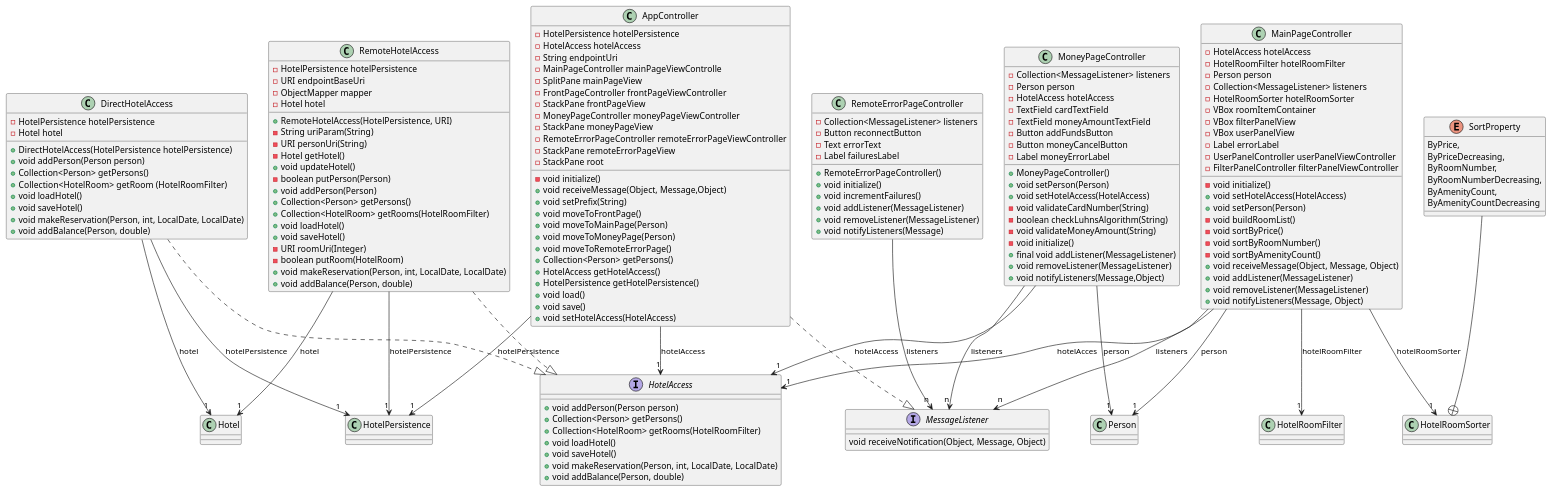
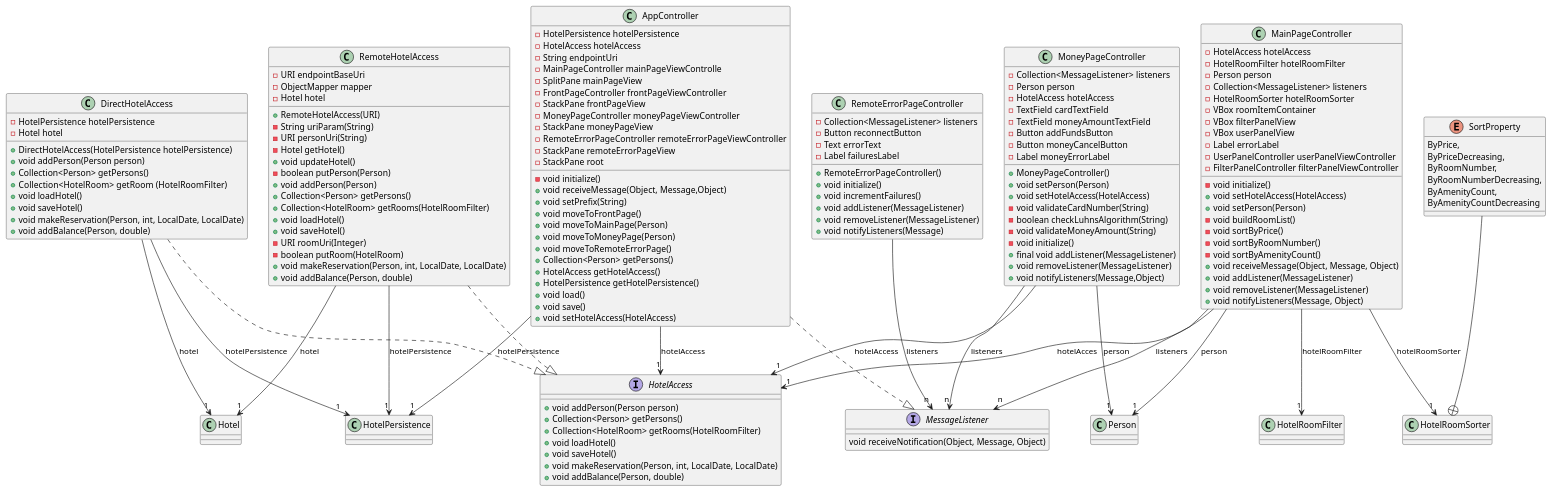
The diagram in docs/modules/ui1.md (erlendps/IT1901---HotelSys), drawn with PlantUML before and after one commit.

Commit message:
#162 Remove HotelPersistence from place in UML

```diff
--- a/docs/modules/ui1.md
+++ b/docs/modules/ui1.md
@@ -15,12 +15,11 @@
 }
 
 class RemoteHotelAccess {
-    - HotelPersistence hotelPersistence
     - URI endpointBaseUri
     - ObjectMapper mapper
     - Hotel hotel
 
-    + RemoteHotelAccess(HotelPersistence, URI)
+    + RemoteHotelAccess(URI)
     - String uriParam(String)
     - URI personUri(String)
     - Hotel getHotel()
```
